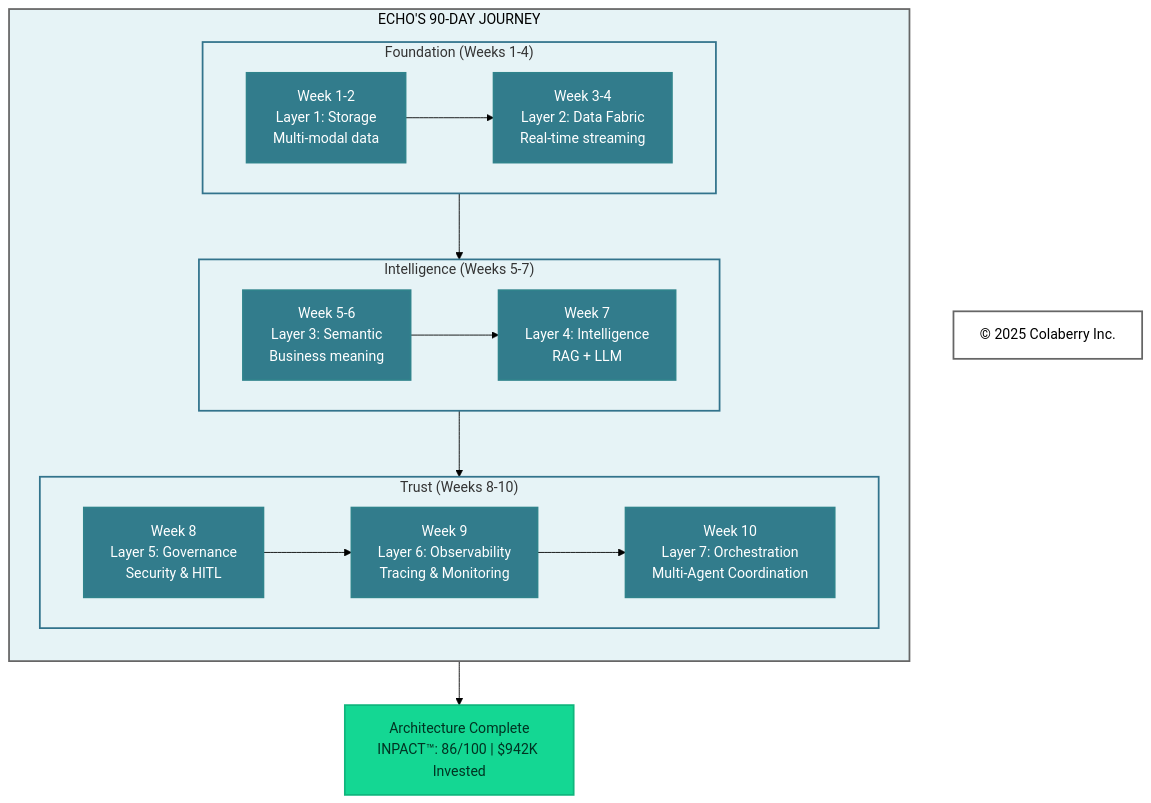
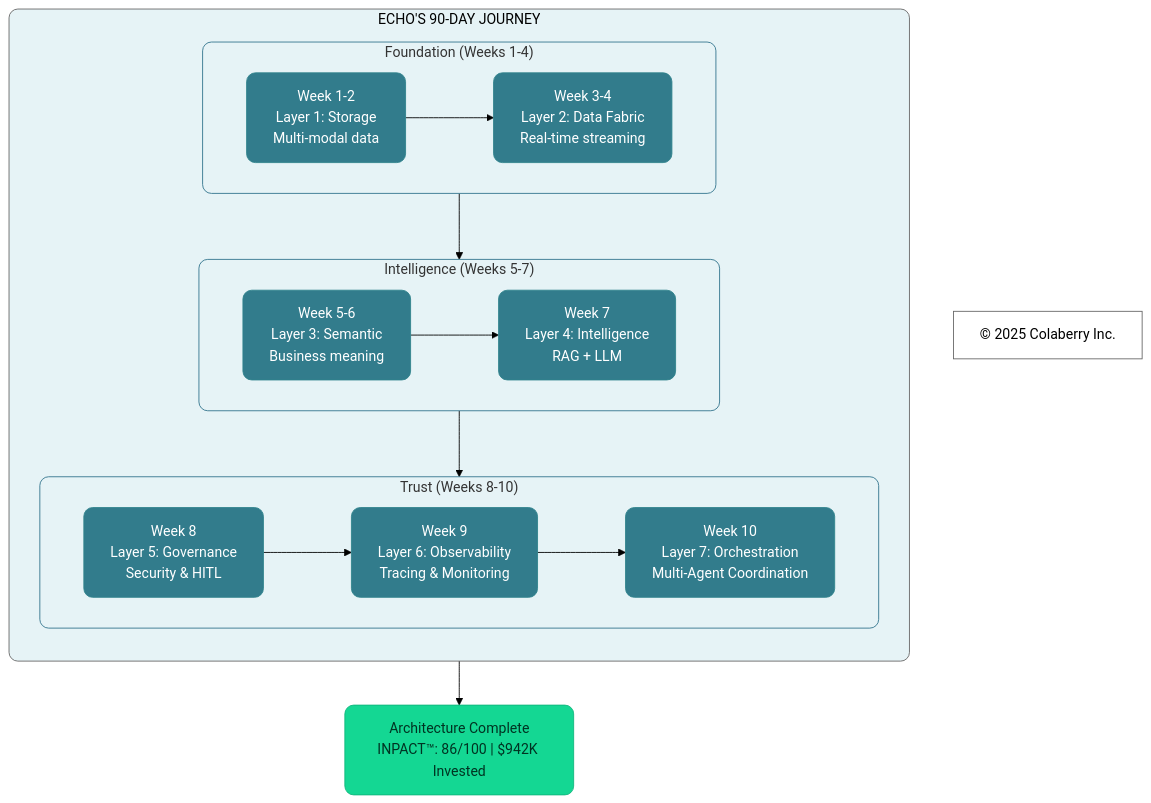
Before and after one commit to colaberry/trust-before-intelligence-book: the third of 14 diagrams in manuscript/08_chapter_7_goals_framework.md, drawn with Mermaid (forest theme). The commit also changed other lines of this file and 12 other files, not shown here.

````diff
--- a/manuscript/08_chapter_7_goals_framework.md
+++ b/manuscript/08_chapter_7_goals_framework.md
@@ -265,49 +265,49 @@
 ```mermaid
 
 graph TB
     subgraph JOURNEY["ECHO'S 90-DAY JOURNEY"]
         direction TB
         subgraph PHASE1["Foundation (Weeks 1-4)"]
             direction LR
             W1["Week 1-2<br/>Layer 1: Storage<br/>Multi-modal data"]
             W2["Week 3-4<br/>Layer 2: Data Fabric<br/>Real-time streaming"]
             W1 --> W2
         end
         
         subgraph PHASE2["Intelligence (Weeks 5-7)"]
             direction LR
             W3["Week 5-6<br/>Layer 3: Semantic<br/>Business meaning"]
             W4["Week 7<br/>Layer 4: Intelligence<br/>RAG + LLM"]
             W3 --> W4
         end
         
         subgraph PHASE3["Trust (Weeks 8-10)"]
             direction LR
             W5["Week 8<br/>Layer 5: Governance<br/>Security & HITL"]
             W6["Week 9<br/>Layer 6: Observability<br/>Tracing & Monitoring"]
             W7["Week 10<br/>Layer 7: Orchestration<br/>Multi-Agent Coordination"]
             W5 --> W6 --> W7
         end
     end
     
     COMPLETE["Architecture Complete<br/>INPACT™: 86/100 | $942K Invested"]
     
     Copyright["© 2025 Colaberry Inc."]
     
     PHASE1 --> PHASE2 --> PHASE3 --> COMPLETE
 
-    style JOURNEY fill:#E6F3F6,stroke:#666666,stroke-width:2px,color:#000000
-    style PHASE1 fill:#E6F3F6,stroke:#32738C,stroke-width:2px
-    style PHASE2 fill:#E6F3F6,stroke:#32738C,stroke-width:2px
-    style PHASE3 fill:#E6F3F6,stroke:#32738C,stroke-width:2px
-    style W1 fill:#327C8C,stroke:#30838C,stroke-width:2px,color:#ffffff
-    style W2 fill:#327C8C,stroke:#30838C,stroke-width:2px,color:#ffffff
-    style W3 fill:#327C8C,stroke:#30838C,stroke-width:2px,color:#ffffff
-    style W4 fill:#327C8C,stroke:#30838C,stroke-width:2px,color:#ffffff
-    style W5 fill:#327C8C,stroke:#30838C,stroke-width:2px,color:#ffffff
-    style W6 fill:#327C8C,stroke:#30838C,stroke-width:2px,color:#ffffff
-    style W7 fill:#327C8C,stroke:#30838C,stroke-width:2px,color:#ffffff
-    style COMPLETE fill:#14D793,stroke:#0FB67D,stroke-width:2px,color:#003322
-    style Copyright fill:#ffffff,stroke:#666666,stroke-width:2px,color:#000000
+    style JOURNEY fill:#E6F3F6,stroke:#666666,stroke-width:1px,color:#000000,rx:10,ry:10
+    style PHASE1 fill:#E6F3F6,stroke:#32738C,stroke-width:1px,rx:10,ry:10
+    style PHASE2 fill:#E6F3F6,stroke:#32738C,stroke-width:1px,rx:10,ry:10
+    style PHASE3 fill:#E6F3F6,stroke:#32738C,stroke-width:1px,rx:10,ry:10
+    style W1 fill:#327C8C,stroke:#30838C,stroke-width:1px,color:#ffffff,rx:10,ry:10
+    style W2 fill:#327C8C,stroke:#30838C,stroke-width:1px,color:#ffffff,rx:10,ry:10
+    style W3 fill:#327C8C,stroke:#30838C,stroke-width:1px,color:#ffffff,rx:10,ry:10
+    style W4 fill:#327C8C,stroke:#30838C,stroke-width:1px,color:#ffffff,rx:10,ry:10
+    style W5 fill:#327C8C,stroke:#30838C,stroke-width:1px,color:#ffffff,rx:10,ry:10
+    style W6 fill:#327C8C,stroke:#30838C,stroke-width:1px,color:#ffffff,rx:10,ry:10
+    style W7 fill:#327C8C,stroke:#30838C,stroke-width:1px,color:#ffffff,rx:10,ry:10
+    style COMPLETE fill:#14D793,stroke:#0FB67D,stroke-width:1px,color:#003322,rx:10,ry:10
+    style Copyright fill:none,stroke:#666666,stroke-width:1px,color:#000000
 
 ```
````
